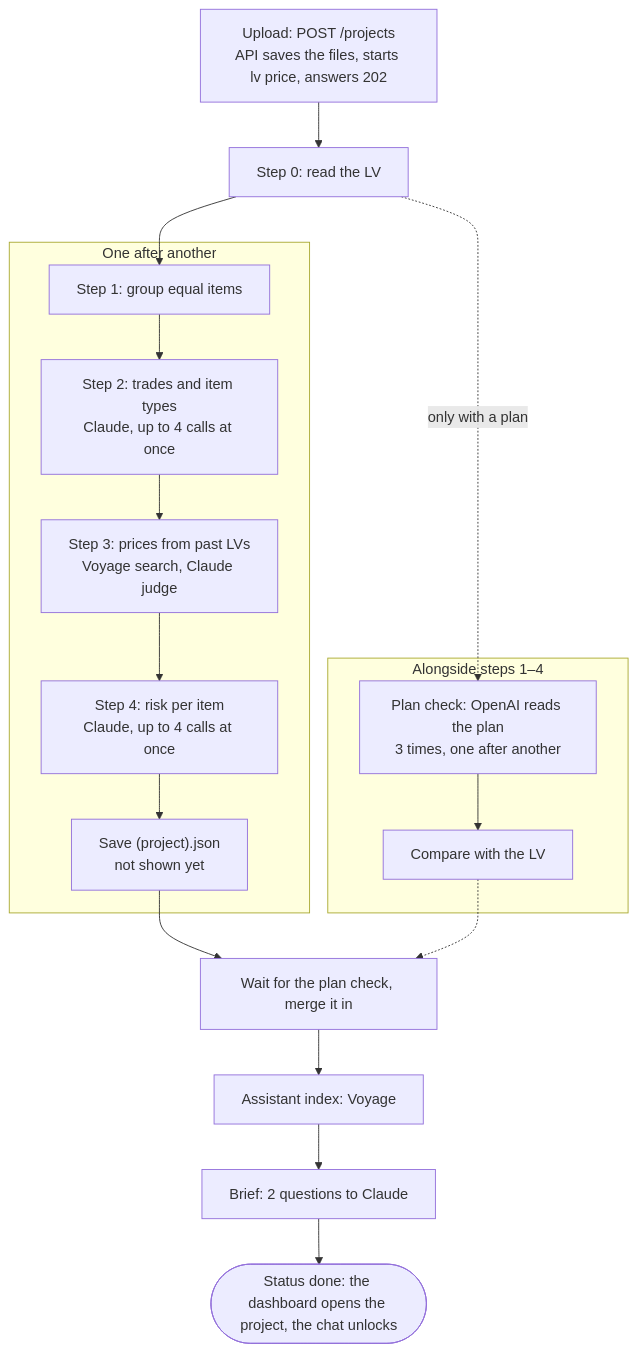
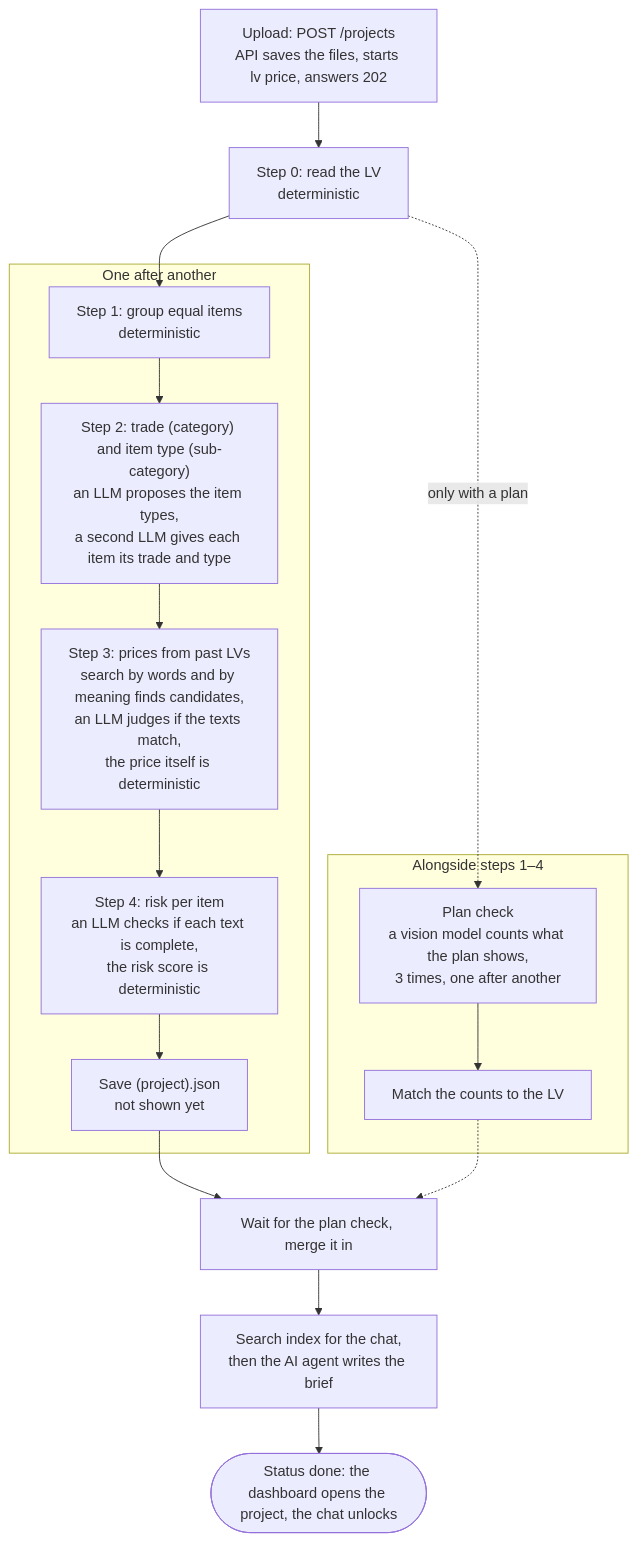
Before and after one commit to D4V1ND/bauindustrie_hack: the second of 2 diagrams in README.md, drawn with Mermaid. The commit also changed other lines of this file, not shown here.

Commit message:
README diagrams: name what each step does, not the vendor
- The chat is the "AI agent"; steps 2-4 use an "LLM", the plan check a
  "vision model". Vendor names stay in the Keys list.
- Steps 0 and 1 and the price and risk numbers are marked
  "deterministic", so it is clear the LLM never sets a price.
- Step 2 explains its terms: trade (category), item type (sub-category).
- The assistant index and the brief are one box.

````diff
--- a/README.md
+++ b/README.md
@@ -44,20 +44,20 @@
 ```mermaid
 flowchart TD
     UP["Upload: POST /projects<br/>API saves the files, starts lv price, answers 202"]
-    S0["Step 0: read the LV"]
+    S0["Step 0: read the LV<br/>deterministic"]
     subgraph seq ["One after another"]
-        S1["Step 1: group equal items"] --> S2["Step 2: trades and item types<br/>Claude, up to 4 calls at once"]
-        S2 --> S3["Step 3: prices from past LVs<br/>Voyage search, Claude judge"]
-        S3 --> S4["Step 4: risk per item<br/>Claude, up to 4 calls at once"]
+        S1["Step 1: group equal items<br/>deterministic"] --> S2["Step 2: trade (category) and item type (sub-category)<br/>an LLM proposes the item types,<br/>a second LLM gives each item its trade and type"]
+        S2 --> S3["Step 3: prices from past LVs<br/>search by words and by meaning finds candidates,<br/>an LLM judges if the texts match,<br/>the price itself is deterministic"]
+        S3 --> S4["Step 4: risk per item<br/>an LLM checks if each text is complete,<br/>the risk score is deterministic"]
         S4 --> SAVE["Save (project).json<br/>not shown yet"]
     end
     subgraph par ["Alongside steps 1–4"]
-        PL["Plan check: OpenAI reads the plan<br/>3 times, one after another"] --> CMP["Compare with the LV"]
+        PL["Plan check<br/>a vision model counts what the plan shows,<br/>3 times, one after another"] --> CMP["Match the counts to the LV"]
     end
     UP --> S0 --> S1
     S0 -.->|only with a plan| PL
     SAVE --> MERGE["Wait for the plan check, merge it in"]
     CMP -.-> MERGE
-    MERGE --> IDX["Assistant index: Voyage"] --> BRIEF["Brief: 2 questions to Claude"]
-    BRIEF --> DONE(["Status done: the dashboard opens the project, the chat unlocks"])
+    MERGE --> CHAT["Search index for the chat,<br/>then the AI agent writes the brief"]
+    CHAT --> DONE(["Status done: the dashboard opens the project, the chat unlocks"])
 ```
````
